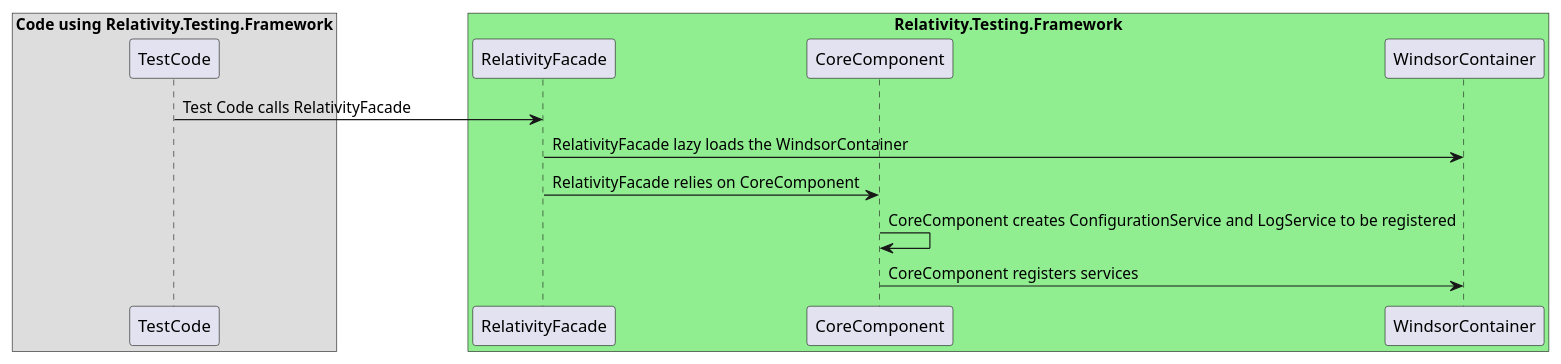
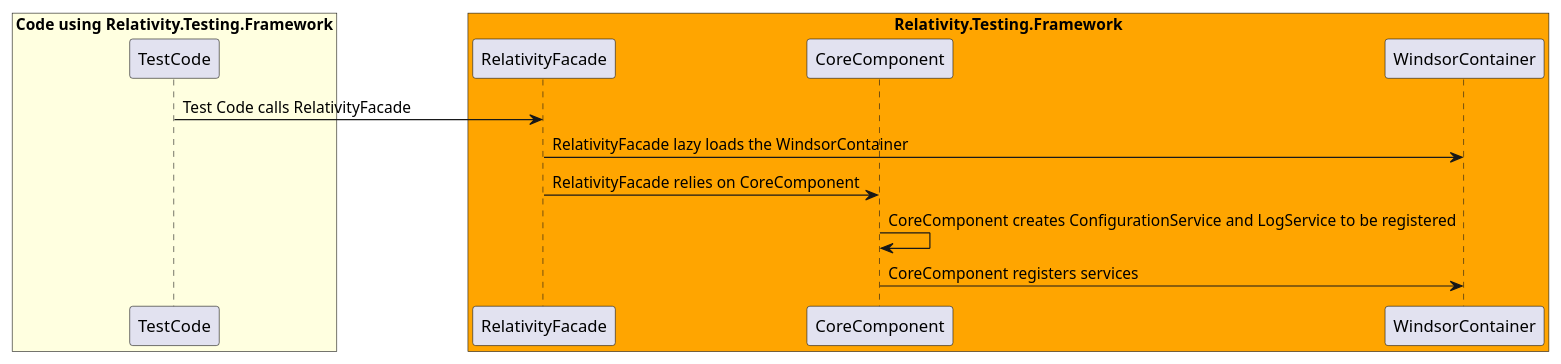
One commit to relativitydev/relativity.testing.framework changed the diagram in docs/dev/SequenceDiagrams/UMLFiles/CoreComponent.iuml. Above: the diagram before and after it, drawn with PlantUML. The commit also changed 1 other file, not shown here.

Commit message:
TESTENG-1465: Try to use Relativity Colors

```diff
--- a/docs/dev/SequenceDiagrams/UMLFiles/CoreComponent.iuml
+++ b/docs/dev/SequenceDiagrams/UMLFiles/CoreComponent.iuml
@@ -1,19 +1,19 @@
 @startuml Relativity.Testing.Framework CoreComponent Sequence Diagram
 
-box "Code using Relativity.Testing.Framework"
+box "Code using Relativity.Testing.Framework" #LightYellow
 participant "TestCode"
 end box
 
-box "Relativity.Testing.Framework" #LightGreen
+box "Relativity.Testing.Framework" #Orange
 participant "RelativityFacade"
 participant "CoreComponent"
 participant "WindsorContainer"
 end box
 
 "TestCode" -> "RelativityFacade" : Test Code calls RelativityFacade
 "RelativityFacade" -> "WindsorContainer" : RelativityFacade lazy loads the WindsorContainer
 "RelativityFacade" -> "CoreComponent" : RelativityFacade relies on CoreComponent
 "CoreComponent" -> "CoreComponent" : CoreComponent creates ConfigurationService and LogService to be registered
 "CoreComponent" -> "WindsorContainer" : CoreComponent registers services
 
 @enduml
```
